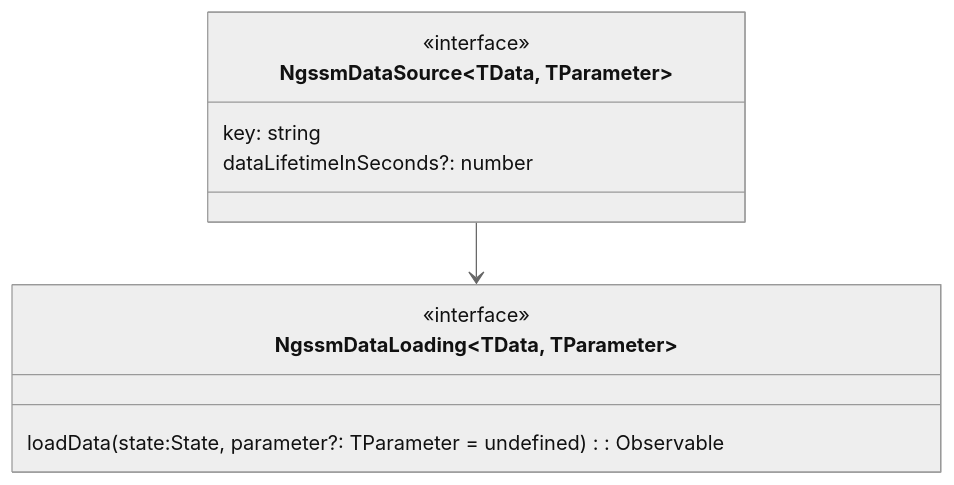
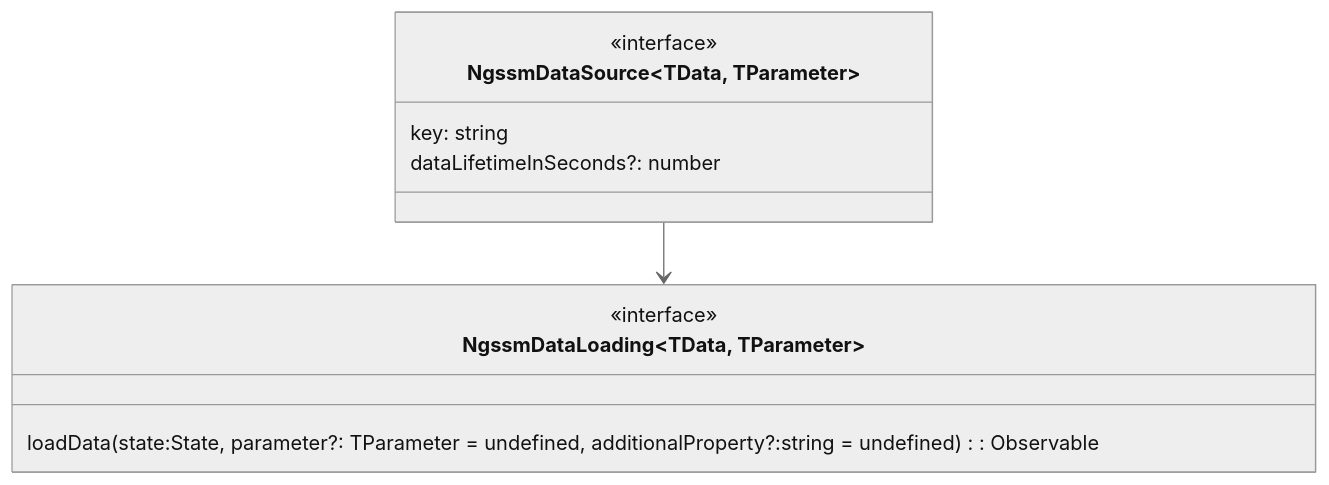
The first of 3 diagrams in docs/libraries/ngssm-data.md (LionMarc/ng-simple-state-management), drawn with Mermaid (neutral theme) before and after one commit. The commit also changed other lines of this file and 16 other files, not shown here.

First line of the commit message:
[ngssm-data] Add additional properties to data source value (#208)

````diff
--- a/docs/libraries/ngssm-data.md
+++ b/docs/libraries/ngssm-data.md
@@ -30,14 +30,14 @@
 ```mermaid
 classDiagram
     class NgssmDataLoading~TData, TParameter~{
         <<interface>>
-        loadData(state:State, parameter?: TParameter = undefined): Observable<TData>
+        loadData(state:State, parameter?: TParameter = undefined, additionalProperty?:string = undefined): Observable<TData>
     }
     class NgssmDataSource~TData, TParameter~{
         <<interface>>
         key: string
         dataLifetimeInSeconds?: number
     }
 
     NgssmDataSource --> NgssmDataLoading
 ```
````
